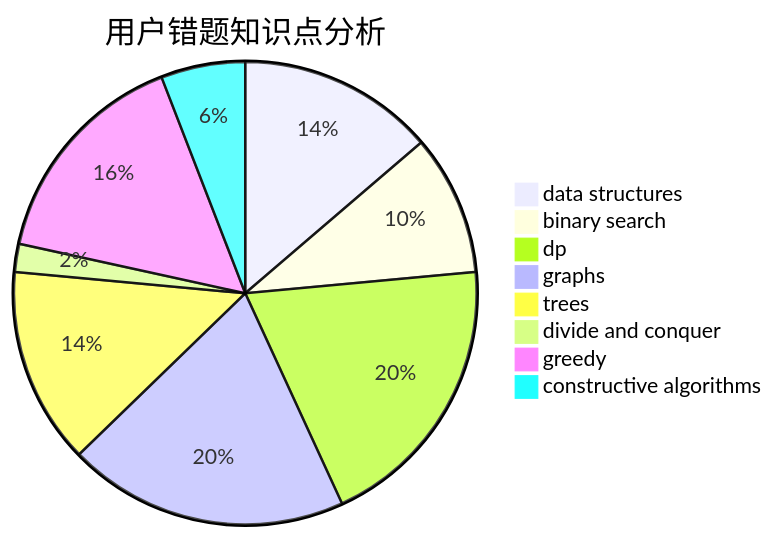
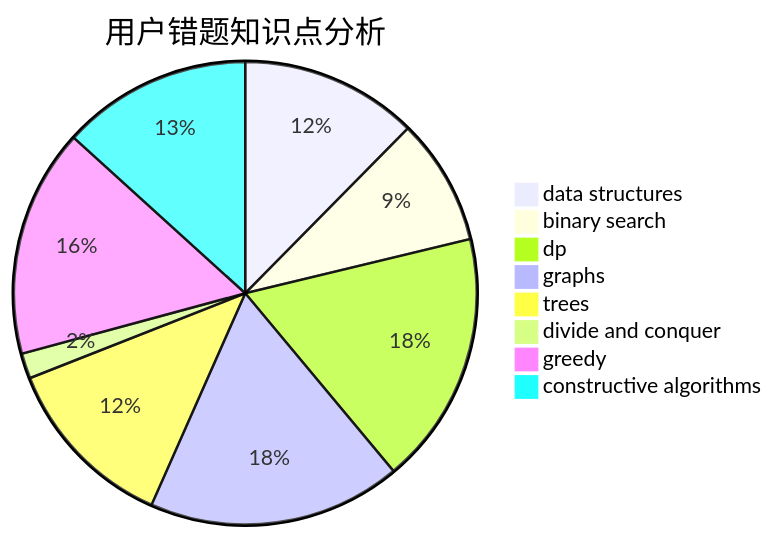
One commit to sherpahu/cfrs.github.io changed the third of 3 diagrams in docs/user/u2732.md. Above: the diagram before and after it, drawn with Mermaid. The commit also changed other lines of this file and 2770 other files, not shown here.

````diff
--- a/docs/user/u2732.md
+++ b/docs/user/u2732.md
@@ -36,11 +36,11 @@
 ```mermaid
 pie title 用户错题知识点分析
     "data structures" :  14
     "binary search" :  10
     "dp" :  20
     "graphs" :  20
     "trees" :  14
     "divide and conquer" :  2
-    "greedy" :  16
-    "constructive algorithms" :  6
+    "greedy" :  18
+    "constructive algorithms" :  15
 ```
````
